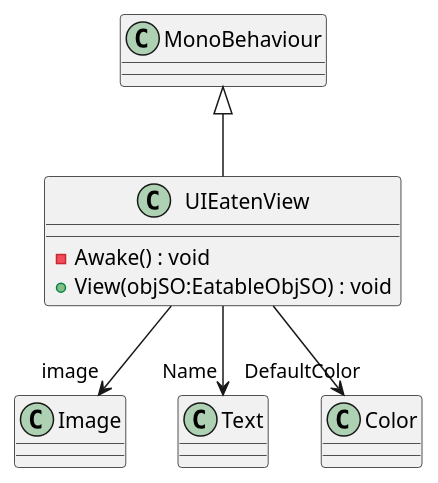
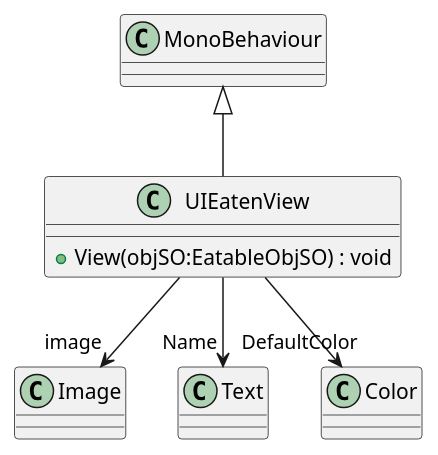
The diagram in plantuml/UIs/UIEatenView.puml (MainCastle1212/EverythingEater), drawn with PlantUML before and after one commit. The commit also changed 24 other files, not shown here.

```diff
--- a/plantuml/UIs/UIEatenView.puml
+++ b/plantuml/UIs/UIEatenView.puml
@@ -1,10 +1,9 @@
 @startuml
 class UIEatenView {
-    - Awake() : void
     + View(objSO:EatableObjSO) : void
 }
 MonoBehaviour <|-- UIEatenView
 UIEatenView --> "image" Image
 UIEatenView --> "Name" Text
 UIEatenView --> "DefaultColor" Color
 @enduml
```
